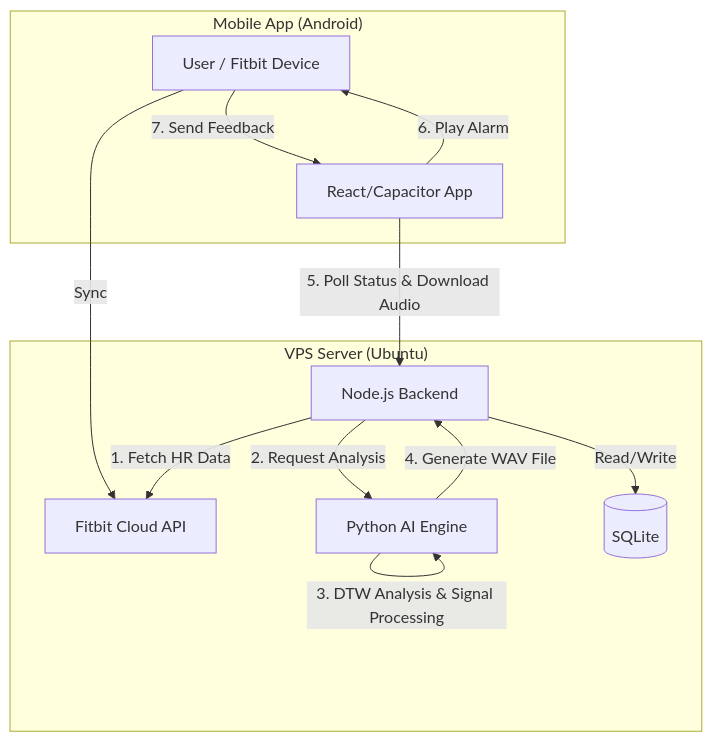
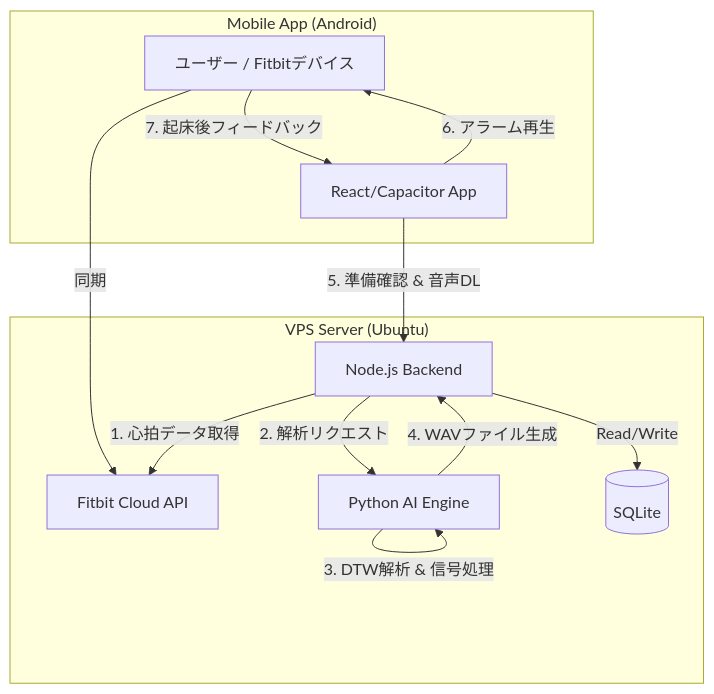
Before and after one commit to komazawa-hiromu/mixync: the diagram in README.md, drawn with Mermaid. The commit also changed other lines of this file, not shown here.

````diff
--- a/README.md
+++ b/README.md
@@ -66,20 +62,20 @@
 ```mermaid
 graph TD
-    User[User / Fitbit Device] -->|Sync| FitbitCloud[Fitbit Cloud API]
+    User[ユーザー / Fitbitデバイス] -->|同期| FitbitCloud[Fitbit Cloud API]
     
     subgraph "VPS Server (Ubuntu)"
-        Node[Node.js Backend] -->|1. Fetch HR Data| FitbitCloud
-        Node -->|2. Request Analysis| Python[Python AI Engine]
+        Node[Node.js Backend] -->|1. 心拍データ取得| FitbitCloud
+        Node -->|2. 解析リクエスト| Python[Python AI Engine]
         
-        Python -->|3. DTW Analysis & Signal Processing| Python
-        Python -->|4. Generate WAV File| Node
+        Python -->|3. DTW解析 & 信号処理| Python
+        Python -->|4. WAVファイル生成| Node
         
         Node -->|Read/Write| DB[(SQLite)]
     end
     
     subgraph "Mobile App (Android)"
-        App[React/Capacitor App] -->|5. Poll Status & Download Audio| Node
-        App -->|6. Play Alarm| User
-        User -->|7. Send Feedback| App
+        App[React/Capacitor App] -->|5. 準備確認 & 音声DL| Node
+        App -->|6. アラーム再生| User
+        User -->|7. 起床後フィードバック| App
     end
 ```
````
